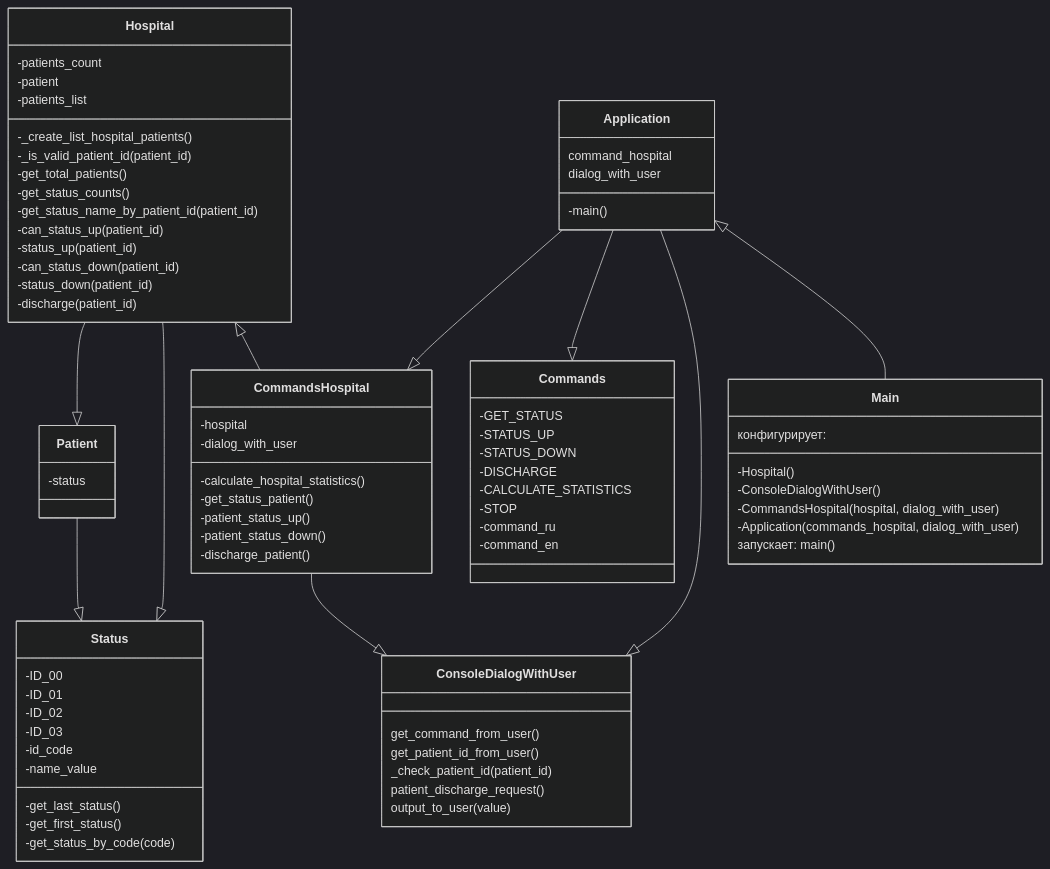
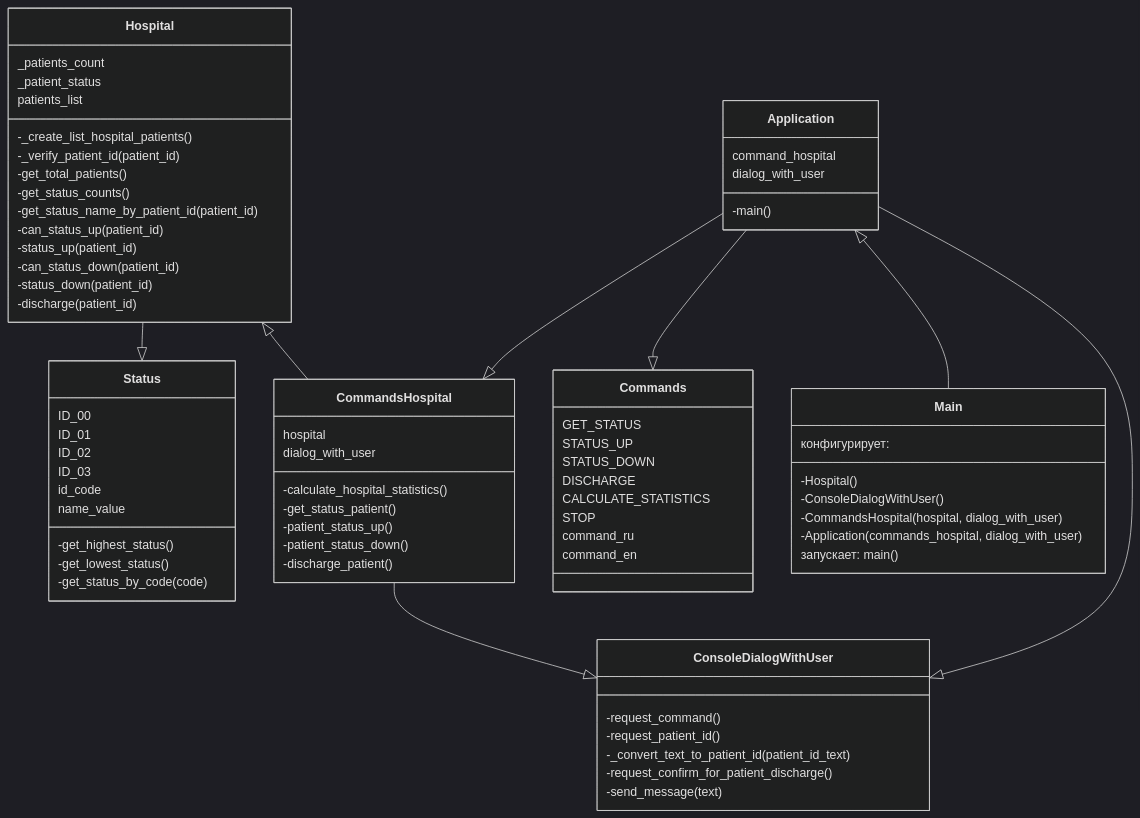
One commit to NikitaSivolobov/hospital_app changed the first of 2 diagrams in README.md. Above: the diagram before and after it, drawn with Mermaid (dark theme). The commit also changed other lines of this file and 11 other files, not shown here.

````diff
--- a/README.md
+++ b/README.md
@@ -53,8 +53,6 @@
 ```mermaid
 classDiagram
-    Hospital --|> Patient
     Hospital --|> Status
-    Patient --|> Status
     Hospital <|-- CommandsHospital
     CommandsHospital --|> ConsoleDialogWithUser
     Application --|> CommandsHospital
@@ -63,11 +61,11 @@
     Application <|-- Main
     
     class Hospital{
-      -patients_count
-      -patient
-      -patients_list
+      _patients_count
+      _patient_status
+      patients_list
       -_create_list_hospital_patients()
-      -_is_valid_patient_id(patient_id)
+      -_verify_patient_id(patient_id)
       -get_total_patients()
       -get_status_counts()
       -get_status_name_by_patient_id(patient_id)
@@ -77,42 +75,39 @@
       -status_down(patient_id)
       -discharge(patient_id)
     }
-    class Patient{
-      -status
-    }
     
     class Status{
-      -ID_00
-      -ID_01
-      -ID_02
-      -ID_03
-      -id_code
-      -name_value
-      -get_last_status()
-      -get_first_status()
+      ID_00
+      ID_01
+      ID_02
+      ID_03
+      id_code
+      name_value
+      -get_highest_status()
+      -get_lowest_status()
       -get_status_by_code(code)
     }
     class Commands{
-      -GET_STATUS
-      -STATUS_UP
-      -STATUS_DOWN
-      -DISCHARGE
-      -CALCULATE_STATISTICS
-      -STOP
+      GET_STATUS
+      STATUS_UP
+      STATUS_DOWN
+      DISCHARGE
+      CALCULATE_STATISTICS
+      STOP
 
-      -command_ru
-      -command_en
+      command_ru
+      command_en
     }
     class ConsoleDialogWithUser{
-        get_command_from_user()
-        get_patient_id_from_user()
-        _check_patient_id(patient_id)
-        patient_discharge_request()
-        output_to_user(value)
+        -request_command()
+        -request_patient_id()
+        -_convert_text_to_patient_id(patient_id_text)
+        -request_confirm_for_patient_discharge()
+        -send_message(text)
     }
     class CommandsHospital{
-      -hospital
-      -dialog_with_user
+      hospital
+      dialog_with_user
     
       -calculate_hospital_statistics()
       -get_status_patient()
````
